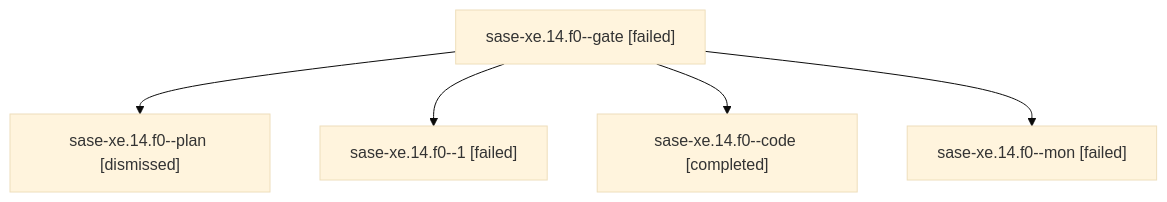
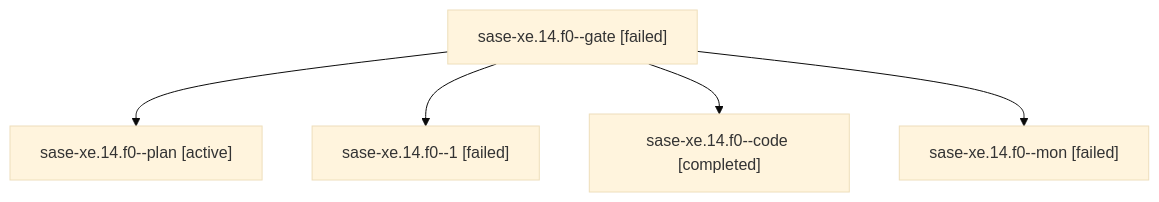
Before and after one commit to sase-org/sase--agents: the diagram in families/bbugyi200.athena.sase-xe.14.f0.md, drawn with Mermaid (base theme). The commit also changed other lines of this file and 288 other files, not shown here.

````diff
--- a/families/bbugyi200.athena.sase-xe.14.f0.md
+++ b/families/bbugyi200.athena.sase-xe.14.f0.md
@@ -9,12 +9,12 @@
 ```mermaid
 flowchart TD
   n0["sase-xe.14.f0--gate [failed]"]
-  n1["sase-xe.14.f0--plan [dismissed]"]
+  n1["sase-xe.14.f0--plan [active]"]
   n0 --> n1
   n2["sase-xe.14.f0--1 [failed]"]
   n0 --> n2
   n3["sase-xe.14.f0--code [completed]"]
   n0 --> n3
   n4["sase-xe.14.f0--mon [failed]"]
   n0 --> n4
 ```
````
